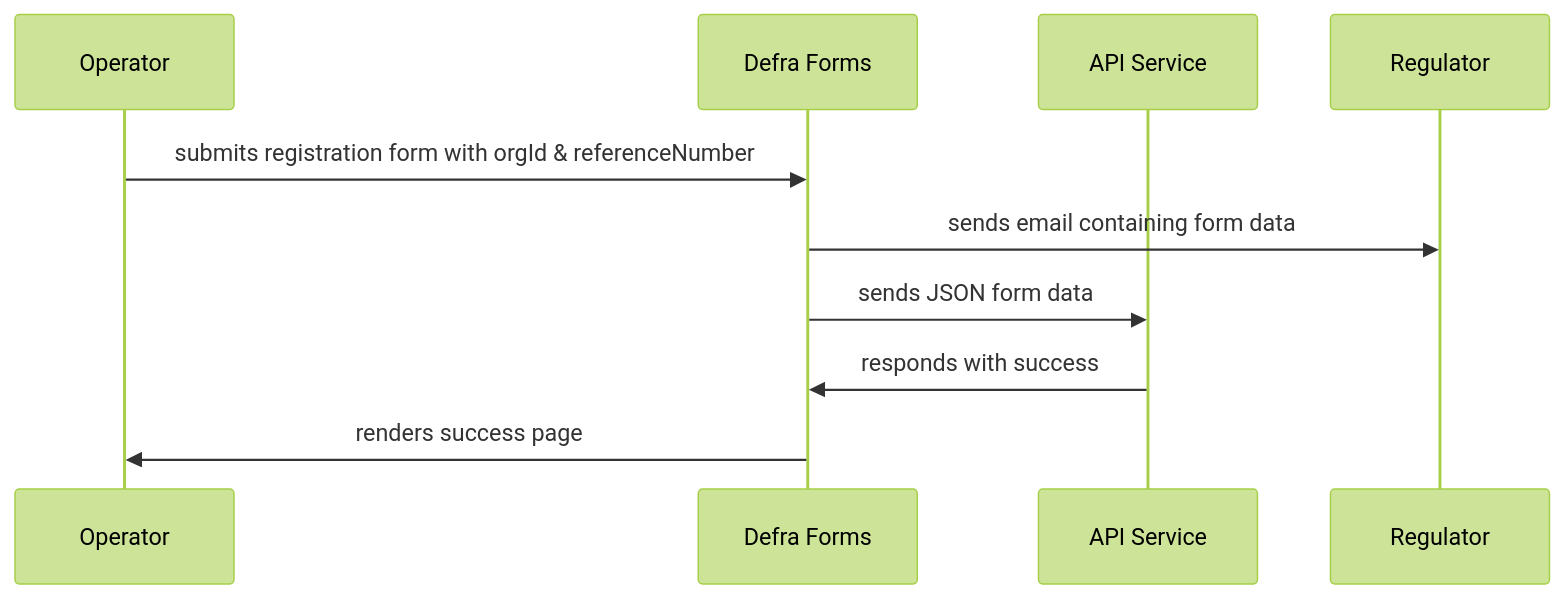
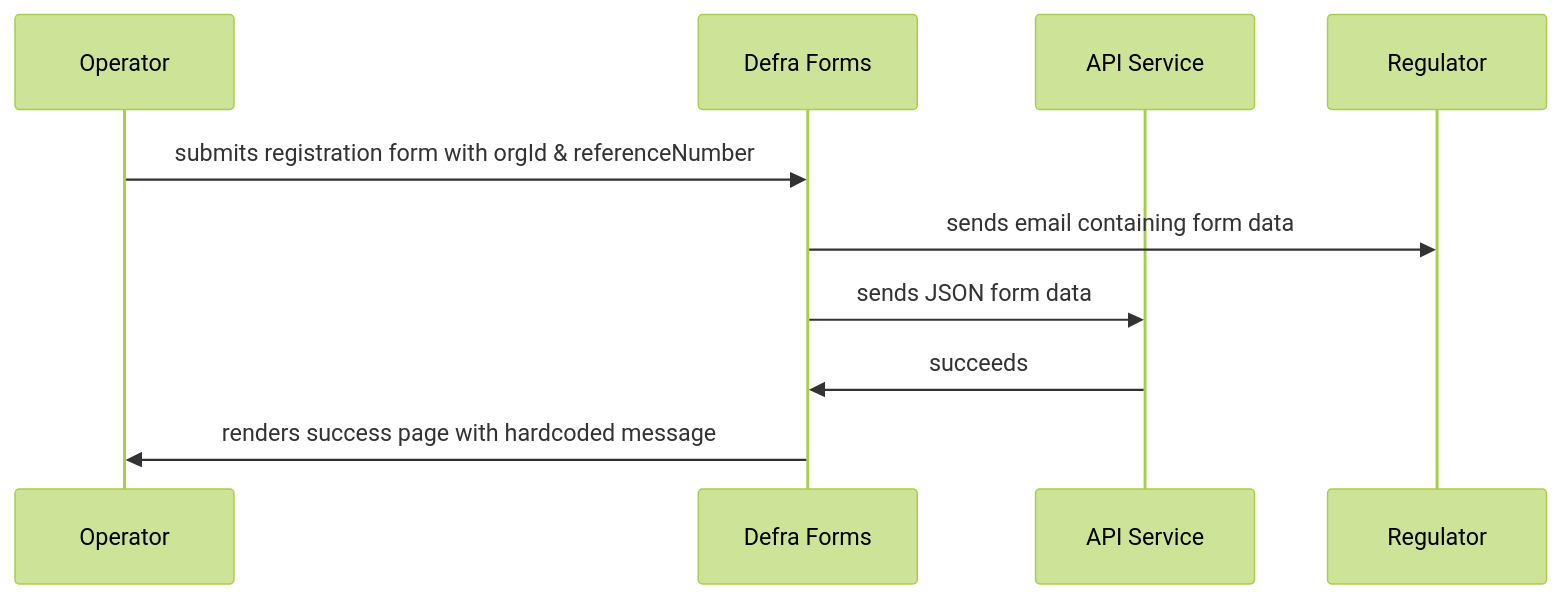
Before and after one commit to DEFRA/epr-backend: the fifth of 10 diagrams in docs/architecture/defined/2025-reg-acc-lld.md, drawn with Mermaid (forest theme). The commit also changed other lines of this file, not shown here.

Commit message:
PAE-158: update Reg & Acc LLD to remove API response data (#59)

````diff
--- a/docs/architecture/defined/2025-reg-acc-lld.md
+++ b/docs/architecture/defined/2025-reg-acc-lld.md
@@ -161,12 +168,12 @@
 ```mermaid
 sequenceDiagram
   participant Operator
   participant Defra Forms
   participant API Service
   participant Regulator
   Operator->>Defra Forms: submits registration form with orgId & referenceNumber
   Defra Forms->>Regulator: sends email containing form data
   Defra Forms->>API Service: sends JSON form data
-  API Service->>Defra Forms: responds with success
-  Defra Forms->>Operator: renders success page
+  API Service->>Defra Forms: succeeds
+  Defra Forms->>Operator: renders success page with hardcoded message
 ```
````
